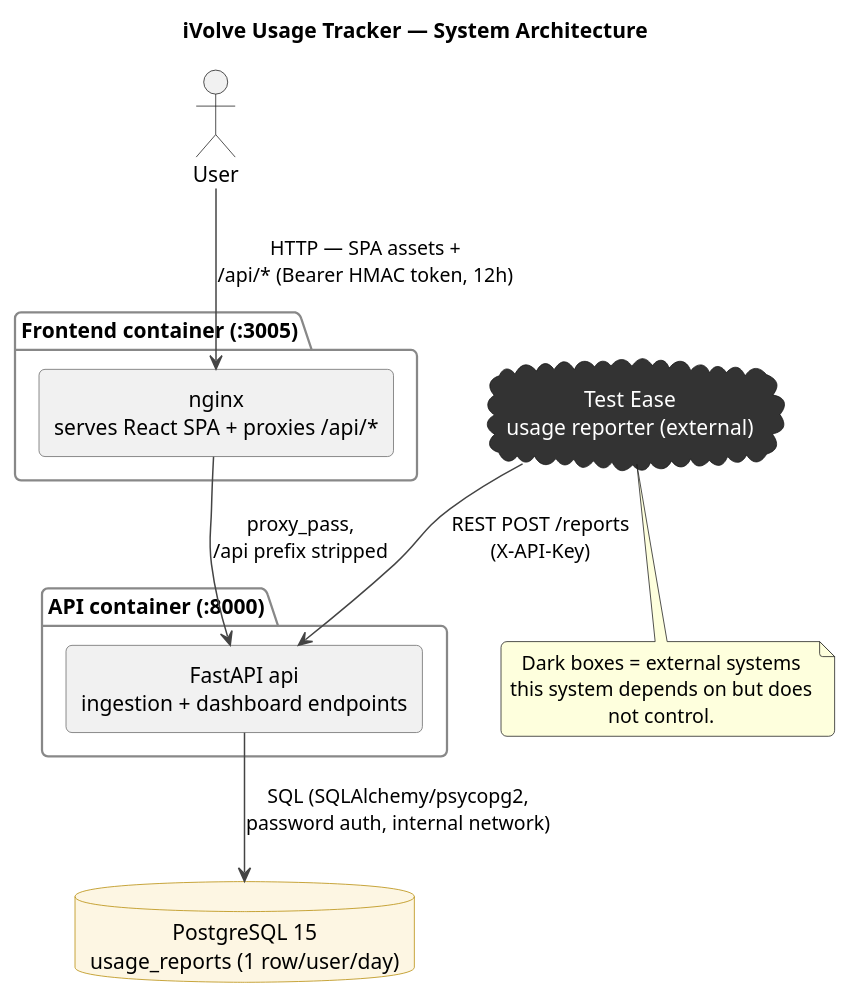
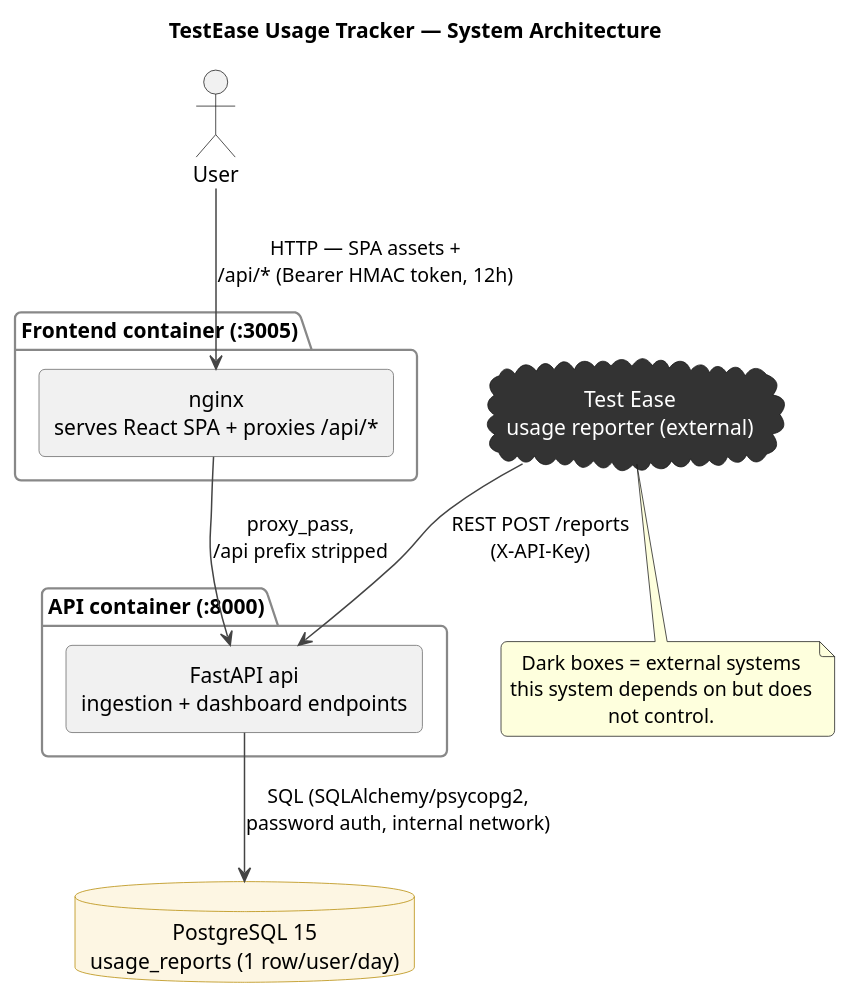
One commit to senthilp1989/usage-tracker changed the diagram in docs/architecture/system-diagram.puml. Above: the diagram before and after it, drawn with PlantUML. The commit also changed 11 other files, not shown here.

Commit message:
Renamed from Ivolve usage Tracker to TestEase Usage Tracker

```diff
--- a/docs/architecture/system-diagram.puml
+++ b/docs/architecture/system-diagram.puml
@@ -1,51 +1,51 @@
 @startuml system-diagram
-title iVolve Usage Tracker — System Architecture
+title TestEase Usage Tracker — System Architecture
 
 skinparam backgroundColor #FFFFFF
 skinparam defaultTextAlignment center
 skinparam shadowing false
 skinparam roundcorner 8
 skinparam rectangle {
   BorderColor #666666
 }
 skinparam cloud {
   BackgroundColor #333333
   FontColor #FFFFFF
   BorderColor #111111
 }
 skinparam database {
   BackgroundColor #FDF6E3
   BorderColor #B58900
 }
 skinparam package {
   BorderColor #888888
   FontStyle bold
 }
 skinparam ArrowColor #444444
 
 actor "User" as User
 
 package "Frontend container (:3005)" {
   rectangle "nginx\nserves React SPA + proxies /api/*" as NGINX
 }
 
 package "API container (:8000)" {
   rectangle "FastAPI api\ningestion + dashboard endpoints" as API
 }
 
 database "PostgreSQL 15\nusage_reports (1 row/user/day)" as DB
 
 cloud "Test Ease\nusage reporter (external)" as TE
 
 User --> NGINX : HTTP — SPA assets +\n/api/* (Bearer HMAC token, 12h)
 NGINX --> API : proxy_pass,\n/api prefix stripped
 TE --> API : REST POST /reports\n(X-API-Key)
 API --> DB : SQL (SQLAlchemy/psycopg2,\npassword auth, internal network)
 
 note bottom of TE
   Dark boxes = external systems
   this system depends on but does
   not control.
 end note
 
 @enduml
```
